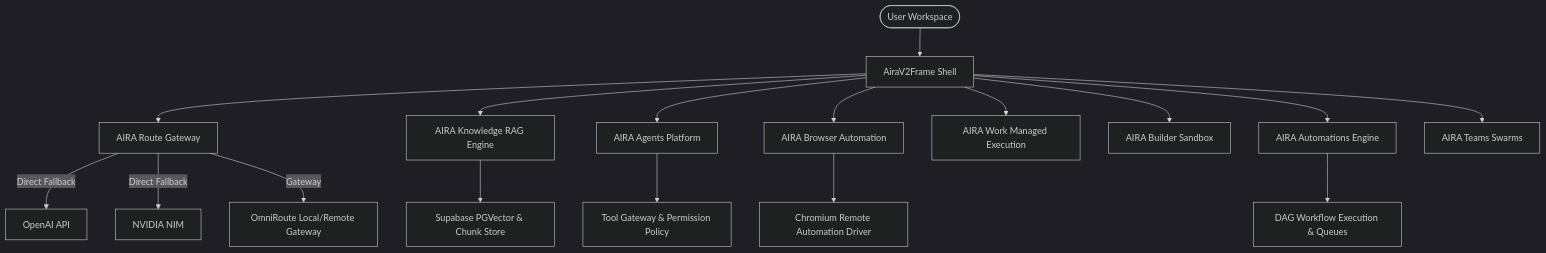
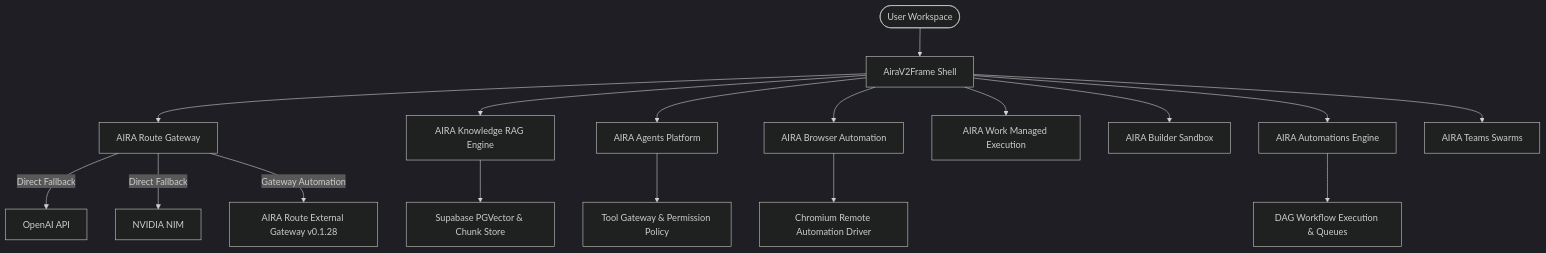
Before and after one commit to rajpunkeshwarrajgautam-boop/aira-ai: the diagram in docs/AIRA_RELEASE4_RUNTIME_ARCHITECTURE.md, drawn with Mermaid (dark theme). The commit also changed other lines of this file and 2 other files, not shown here.

Commit message:
docs(release-4): record reconciled Phase 2 AIRA Route certification evidence

````diff
--- a/docs/AIRA_RELEASE4_RUNTIME_ARCHITECTURE.md
+++ b/docs/AIRA_RELEASE4_RUNTIME_ARCHITECTURE.md
@@ -5,22 +5,22 @@
 ```mermaid
 graph TD
     User([User Workspace]) --> Frame[AiraV2Frame Shell]
     
     Frame --> Route[AIRA Route Gateway]
     Frame --> Knowledge[AIRA Knowledge RAG Engine]
     Frame --> Agents[AIRA Agents Platform]
     Frame --> Browser[AIRA Browser Automation]
     Frame --> Work[AIRA Work Managed Execution]
     Frame --> Builder[AIRA Builder Sandbox]
     Frame --> Automations[AIRA Automations Engine]
     Frame --> Teams[AIRA Teams Swarms]
     
     Route -->|Direct Fallback| OpenAI[OpenAI API]
     Route -->|Direct Fallback| NVIDIA[NVIDIA NIM]
-    Route -->|Gateway| OmniRoute[OmniRoute Local/Remote Gateway]
+    Route -->|Gateway Automation| OmniRoute[AIRA Route External Gateway v0.1.28]
     
     Knowledge --> Vector[Supabase PGVector & Chunk Store]
     Agents --> ToolGW[Tool Gateway & Permission Policy]
     Automations --> WorkflowEngine[DAG Workflow Execution & Queues]
     Browser --> RemoteDriver[Chromium Remote Automation Driver]
 ```
````
